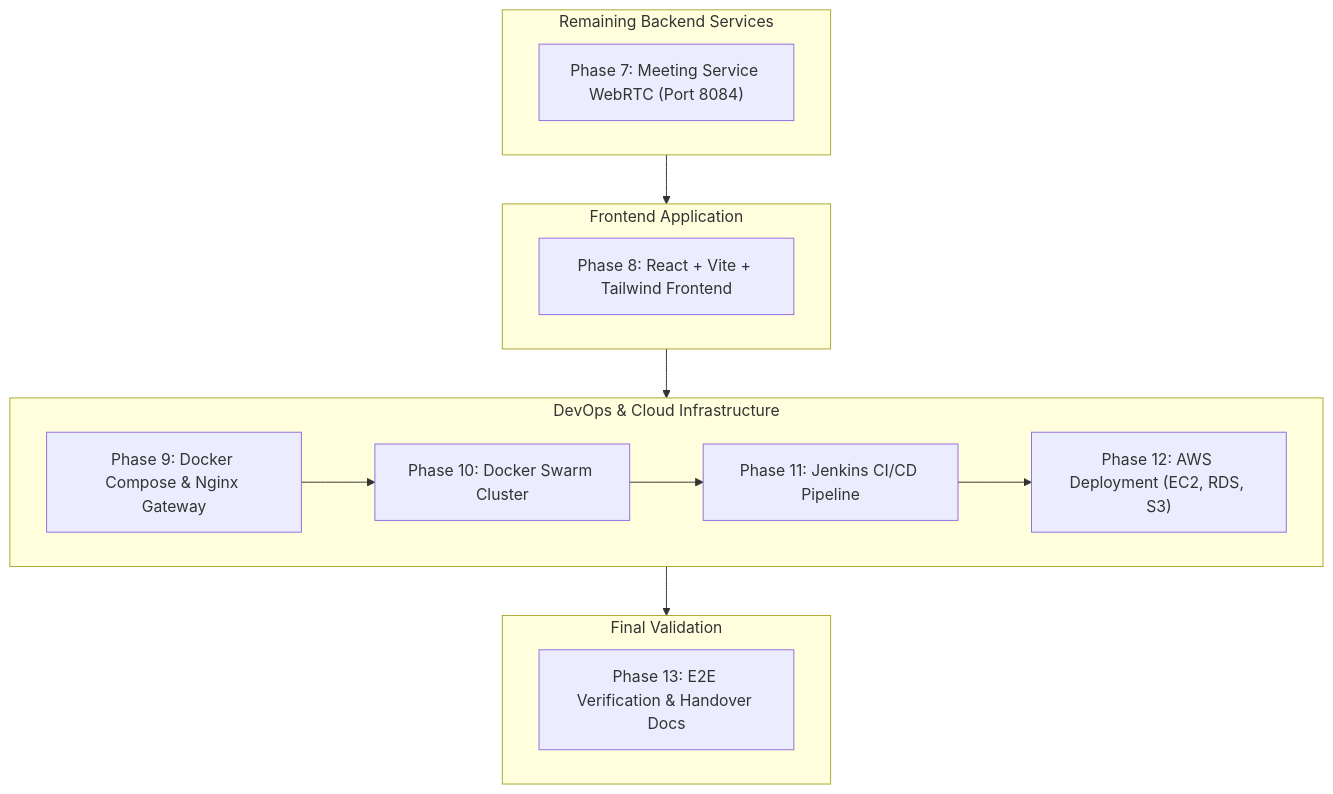
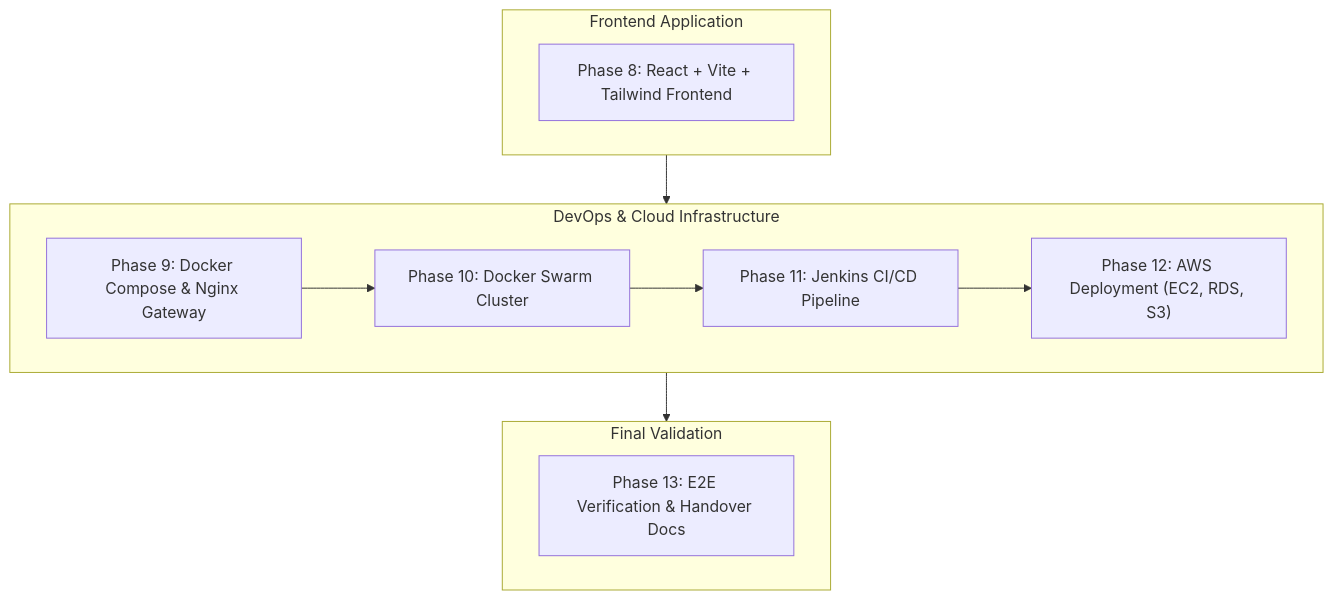
The diagram in IMPLEMENTATION_STATUS.md (Shashanklko/Lawino-Meet), drawn with Mermaid before and after one commit. The commit also changed other lines of this file and 25 other files, not shown here.

Commit message:
feat(meeting): complete Phase 7 Meeting Service with WebRTC signaling and room lifecycle management

````diff
--- a/IMPLEMENTATION_STATUS.md
+++ b/IMPLEMENTATION_STATUS.md
@@ -160,24 +187,19 @@
 ```mermaid
 flowchart TD
-    subgraph BACKEND_REMAINING["Remaining Backend Services"]
-        P7["Phase 7: Meeting Service WebRTC (Port 8084)"]
-    end
-
     subgraph FRONTEND["Frontend Application"]
         P8["Phase 8: React + Vite + Tailwind Frontend"]
     end
 
     subgraph DEVOPS["DevOps & Cloud Infrastructure"]
         P9["Phase 9: Docker Compose & Nginx Gateway"] --> P10["Phase 10: Docker Swarm Cluster"]
         P10 --> P11["Phase 11: Jenkins CI/CD Pipeline"]
         P11 --> P12["Phase 12: AWS Deployment (EC2, RDS, S3)"]
     end
 
     subgraph FINAL["Final Validation"]
         P13["Phase 13: E2E Verification & Handover Docs"]
     end
 
-    BACKEND_REMAINING --> FRONTEND
     FRONTEND --> DEVOPS
     DEVOPS --> FINAL
 ```
````
